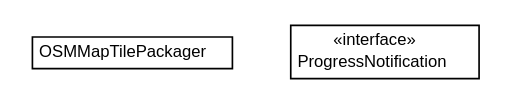
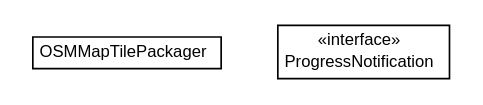
The diagram in javadocs/OSMMapTilePackager/org/osmdroid/mtp/org.osmdroid.mtp.dot (osmdroid/osmdroid), drawn with Graphviz before and after one commit. The commit also changed 3996 other files, not shown here.

```diff
--- a/javadocs/OSMMapTilePackager/org/osmdroid/mtp/org.osmdroid.mtp.dot
+++ b/javadocs/OSMMapTilePackager/org/osmdroid/mtp/org.osmdroid.mtp.dot
@@ -1,25 +1,25 @@
 #!/usr/local/bin/dot
 #
 # Class diagram 
 # Generated by UMLGraph version R5_6-24-gf6e263 (http://www.umlgraph.org/)
 #
 
 digraph G {
-	edge [fontname="Helvetica",fontsize=10,labelfontname="Helvetica",labelfontsize=10];
-	node [fontname="Helvetica",fontsize=10,shape=plaintext];
+	edge [fontname="arial",fontsize=10,labelfontname="arial",labelfontsize=10];
+	node [fontname="arial",fontsize=10,shape=plaintext];
 	nodesep=0.25;
 	ranksep=0.5;
 	// org.osmdroid.mtp.OSMMapTilePackager
 	c30 [label=<<table title="org.osmdroid.mtp.OSMMapTilePackager" border="0" cellborder="1" cellspacing="0" cellpadding="2" port="p" href="./OSMMapTilePackager.html">
 		<tr><td><table border="0" cellspacing="0" cellpadding="1">
 <tr><td align="center" balign="center"> OSMMapTilePackager </td></tr>
 		</table></td></tr>
-		</table>>, URL="./OSMMapTilePackager.html", fontname="Helvetica", fontcolor="black", fontsize=10.0];
+		</table>>, URL="./OSMMapTilePackager.html", fontname="arial", fontcolor="black", fontsize=10.0];
 	// org.osmdroid.mtp.OSMMapTilePackager.ProgressNotification
 	c31 [label=<<table title="org.osmdroid.mtp.OSMMapTilePackager.ProgressNotification" border="0" cellborder="1" cellspacing="0" cellpadding="2" port="p" href="./OSMMapTilePackager.ProgressNotification.html">
 		<tr><td><table border="0" cellspacing="0" cellpadding="1">
 <tr><td align="center" balign="center"> &#171;interface&#187; </td></tr>
 <tr><td align="center" balign="center"> ProgressNotification </td></tr>
 		</table></td></tr>
-		</table>>, URL="./OSMMapTilePackager.ProgressNotification.html", fontname="Helvetica", fontcolor="black", fontsize=10.0];
+		</table>>, URL="./OSMMapTilePackager.ProgressNotification.html", fontname="arial", fontcolor="black", fontsize=10.0];
 }
```
